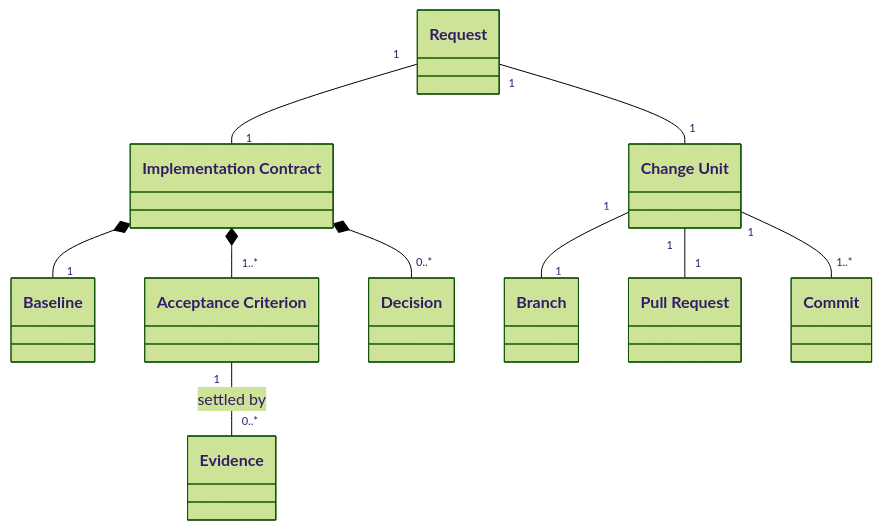
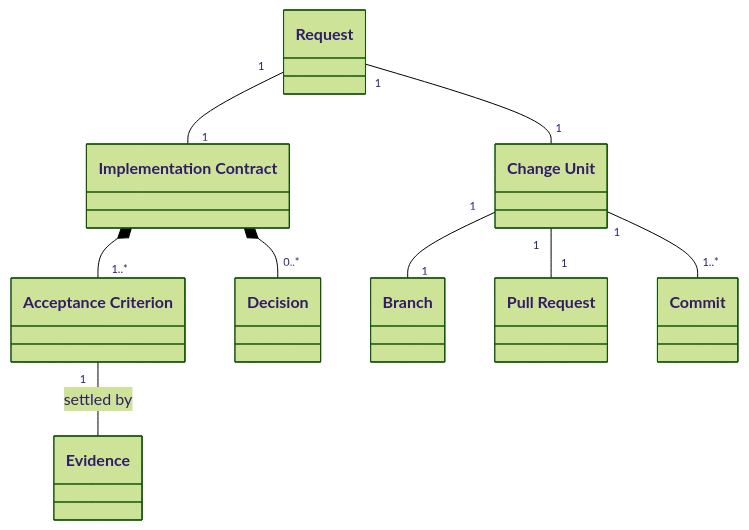
Before and after one commit to maro114510/skills: the first of 3 diagrams in docs/design/implement.md, drawn with Mermaid (forest theme). The commit also changed other lines of this file, not shown here.

````diff
--- a/docs/design/implement.md
+++ b/docs/design/implement.md
@@ -42,20 +41,19 @@
 ```mermaid
 classDiagram
     class Request
     class Contract["Implementation Contract"]
     class Criterion["Acceptance Criterion"]
     class Unit["Change Unit"]
     class Branch
     class PullRequest["Pull Request"]
     class Commit
     class Evidence
     Request "1" -- "1" Contract
-    Contract *-- "1" Baseline
     Contract *-- "1..*" Criterion
     Contract *-- "0..*" Decision
     Request "1" -- "1" Unit
     Unit "1" -- "1" Branch
     Unit "1" -- "1" PullRequest
     Unit "1" -- "1..*" Commit
-    Criterion "1" -- "0..*" Evidence : settled by
+    Criterion "1" -- Evidence : settled by
 ```
````
